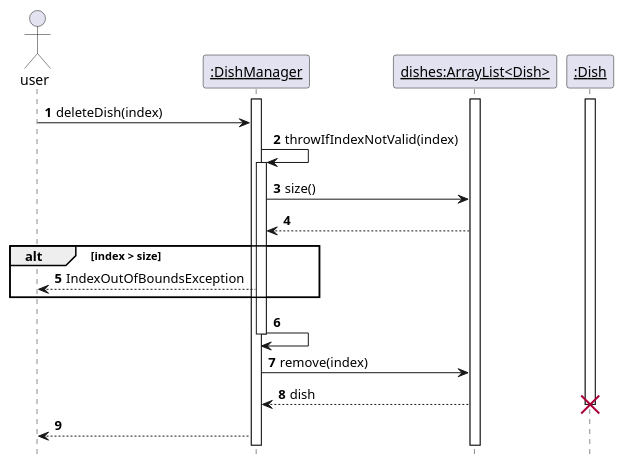
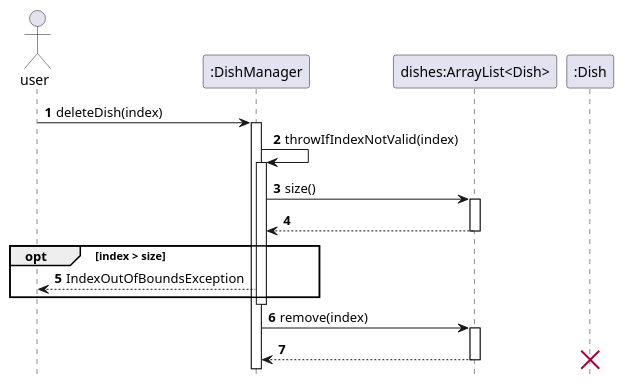
One commit to nus-cs2113-AY2122S2/tp changed the diagram in docs/uml/sequence/DishManager_deleteDish.puml. Above: the diagram before and after it, drawn with PlantUML. The commit also changed 4 other files, not shown here.

Commit message:
Delete underscore (no need to user in sequence diagram)

```diff
--- a/docs/uml/sequence/DishManager_deleteDish.puml
+++ b/docs/uml/sequence/DishManager_deleteDish.puml
@@ -1,36 +1,35 @@
 @startuml
 'https://plantuml.com/sequence-diagram
 
 autonumber
 hide footbox
 
 actor user
-participant "__:DishManager__" as dishmanager
-participant "__dishes:ArrayList<Dish>__" as dishes
-participant "__:Dish__" as dish
+participant ":DishManager" as dishmanager
+participant "dishes:ArrayList<Dish>" as dishes
+participant ":Dish" as dish
 
-activate dishmanager
-activate dishes
-activate dish
 
 user -> dishmanager: deleteDish(index)
+activate dishmanager
 
 dishmanager -> dishmanager: throwIfIndexNotValid(index)
 activate dishmanager
 
 dishmanager -> dishes: size()
+activate dishes
 dishes --> dishmanager
-
-group alt [index > size]
+deactivate dishes
+group opt [index > size]
 dishmanager --> user: IndexOutOfBoundsException
 end
 
-dishmanager -> dishmanager
 deactivate dishmanager
 
 dishmanager -> dishes: remove(index)
-dishes --> dishmanager: dish
+activate dishes
+dishes --> dishmanager
+deactivate dishes
 deactivate dish
 destroy dish
-dishmanager --> user
 @enduml
```
